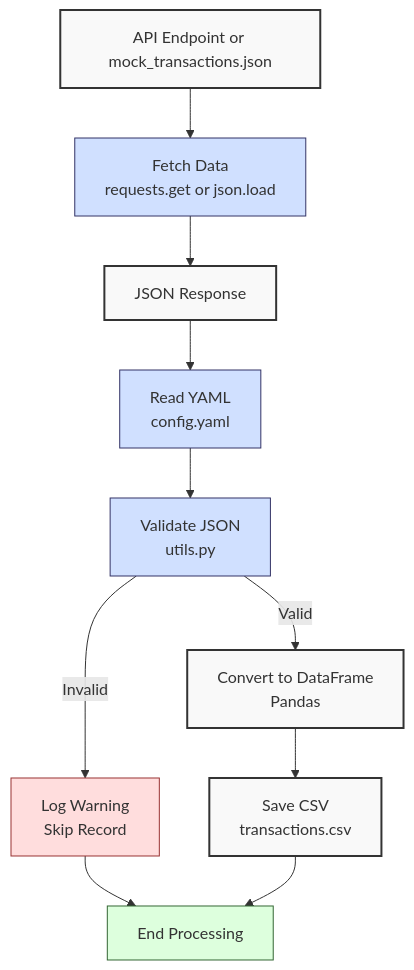
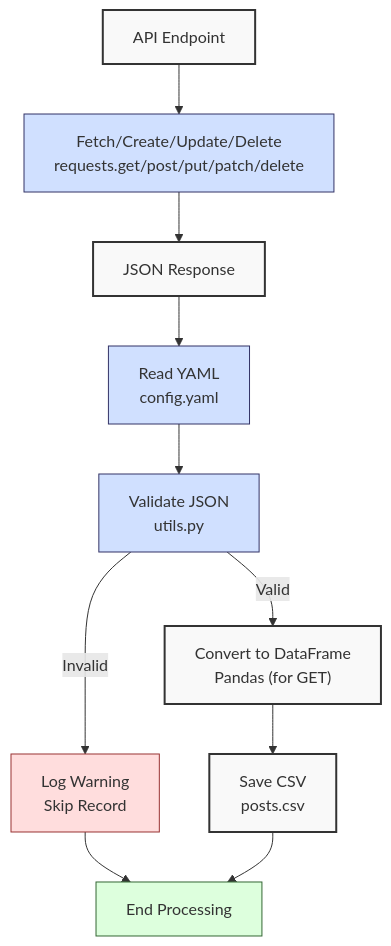
One commit to wahidyankf/hijra-eng-onboarding changed the third of 3 diagrams in apps-standalone/hijra-eng-onboarding/content/learn/de-onboarding-foundations/ch04-web-integration-and-apis/_index.md. Above: the diagram before and after it, drawn with Mermaid. The commit also changed other lines of this file and 1 other file, not shown here.

````diff
--- a/apps-standalone/hijra-eng-onboarding/content/learn/de-onboarding-foundations/ch04-web-integration-and-apis/_index.md
+++ b/apps-standalone/hijra-eng-onboarding/content/learn/de-onboarding-foundations/ch04-web-integration-and-apis/_index.md
@@ -467,22 +559,22 @@
 ```mermaid
 flowchart TD
-    A["API Endpoint or mock_transactions.json"] --> B["Fetch Data<br>requests.get or json.load"]
+    A["API Endpoint"] --> B["Fetch/Create/Update/Delete<br>requests.get/post/put/patch/delete"]
     B --> C["JSON Response"]
     C --> D["Read YAML<br>config.yaml"]
     D --> E["Validate JSON<br>utils.py"]
     E -->|Invalid| F["Log Warning<br>Skip Record"]
-    E -->|Valid| G["Convert to DataFrame<br>Pandas"]
-    G --> H["Save CSV<br>transactions.csv"]
+    E -->|Valid| G["Convert to DataFrame<br>Pandas (for GET)"]
+    G --> H["Save CSV<br>posts.csv"]
     F --> I["End Processing"]
     H --> I
 
     classDef data fill:#f9f9f9,stroke:#333,stroke-width:2px
     classDef process fill:#d0e0ff,stroke:#336,stroke-width:1px
     classDef error fill:#ffdddd,stroke:#933,stroke-width:1px
     classDef endpoint fill:#ddffdd,stroke:#363,stroke-width:1px
 
     class A,C,G,H data
     class B,D,E process
     class F error
     class I endpoint
 ```
````
